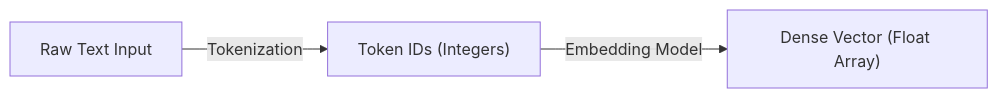
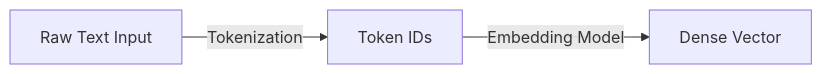
Before and after one commit to DileepWick/vector-doc-engine: the first of 3 diagrams in docs/architecture-and-learnings.md, drawn with Mermaid. The commit also changed other lines of this file and 5 other files, not shown here.

````diff
--- a/docs/architecture-and-learnings.md
+++ b/docs/architecture-and-learnings.md
@@ -9,5 +7,5 @@
 ```mermaid
 flowchart LR
-    A["Raw Text Input"] -->|Tokenization| B["Token IDs (Integers)"]
-    B -->|Embedding Model| C["Dense Vector (Float Array)"]
+    A["Raw Text Input"] -->|Tokenization| B["Token IDs"]
+    B -->|Embedding Model| C["Dense Vector"]
 ```
````
